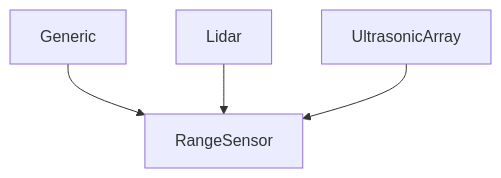
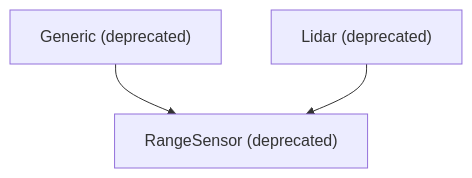
The diagram in source/extensions/isaacsim.robot.schema/docs/Overview.md (Yilin20021016/compal_isaacsim), drawn with Mermaid before and after one commit. The commit also changed other lines of this file and 5564 other files, not shown here.

````diff
--- a/source/extensions/isaacsim.robot.schema/docs/Overview.md
+++ b/source/extensions/isaacsim.robot.schema/docs/Overview.md
@@ -11,7 +7,6 @@
 ```{mermaid}
 graph TD
-    %% Inheritance relationships
-    Generic --> RangeSensor
-    Lidar --> RangeSensor
-    UltrasonicArray --> RangeSensor
+    %% Inheritance relationships (deprecated)
+    Generic["Generic (deprecated)"] --> RangeSensor["RangeSensor (deprecated)"]
+    Lidar["Lidar (deprecated)"] --> RangeSensor
 ```
````
